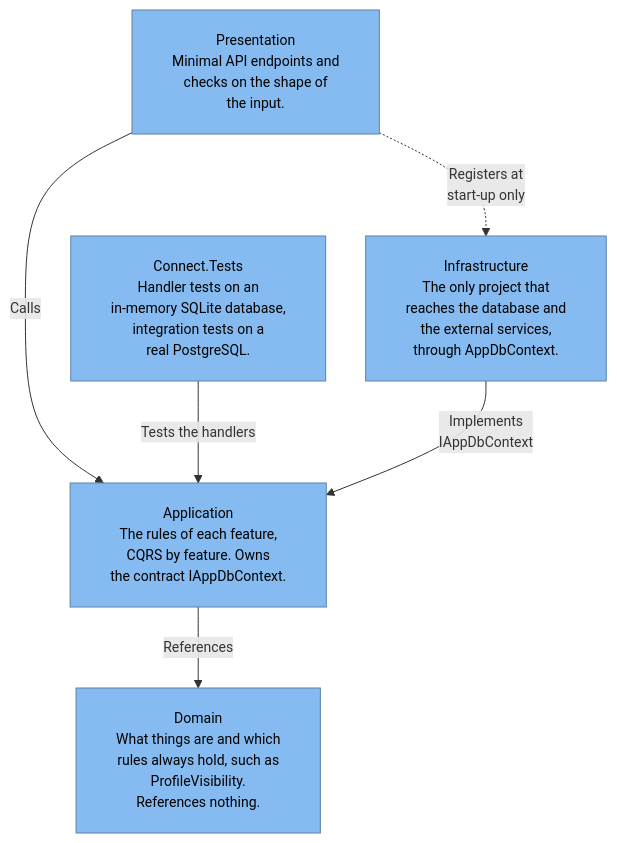
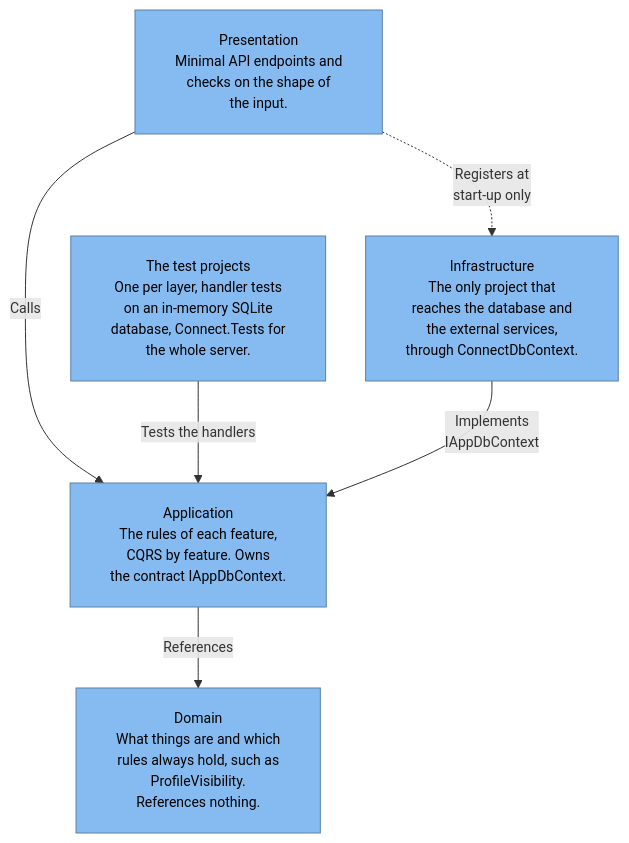
Before and after one commit to guruITA/connect-nine: the first of 5 diagrams in docs/wesley/securityAndArchitectureEvidence.md, drawn with Mermaid. The commit also changed other lines of this file and 2 other files, not shown here.

Commit message:
docs(docs): my architecture documents follow the account code of #262 (#12)

````diff
--- a/docs/wesley/securityAndArchitectureEvidence.md
+++ b/docs/wesley/securityAndArchitectureEvidence.md
@@ -56,16 +56,16 @@
 ```mermaid
 %%{init: {'flowchart': {'wrappingWidth': 220, 'padding': 20, 'nodeSpacing': 40, 'rankSpacing': 60}, 'themeVariables': {'fontSize': '14px'}}}%%
 flowchart TB
 presentation["Presentation<br/>Minimal API endpoints and<br/>checks on the shape of<br/>the input."]
-tests["Connect.Tests<br/>Handler tests on an<br/>in-memory SQLite database,<br/>integration tests on a<br/>real PostgreSQL."]
-infrastructure["Infrastructure<br/>The only project that<br/>reaches the database and<br/>the external services,<br/>through AppDbContext."]
+tests["The test projects<br/>One per layer, handler tests<br/>on an in-memory SQLite<br/>database, Connect.Tests for<br/>the whole server."]
+infrastructure["Infrastructure<br/>The only project that<br/>reaches the database and<br/>the external services,<br/>through ConnectDbContext."]
 application["Application<br/>The rules of each feature,<br/>CQRS by feature. Owns<br/>the contract IAppDbContext."]
 domain["Domain<br/>What things are and which<br/>rules always hold, such as<br/>ProfileVisibility.<br/>References nothing."]
 presentation -->|"Calls"| application
 presentation -.->|"Registers at<br/>start-up only"| infrastructure
 tests -->|"Tests the handlers"| application
 infrastructure -->|"Implements<br/>IAppDbContext"| application
 application -->|"References"| domain
 classDef component fill:#85bbf0,color:#000000,stroke:#5d82a8
 class presentation,tests,infrastructure,application,domain component
 ```
````
